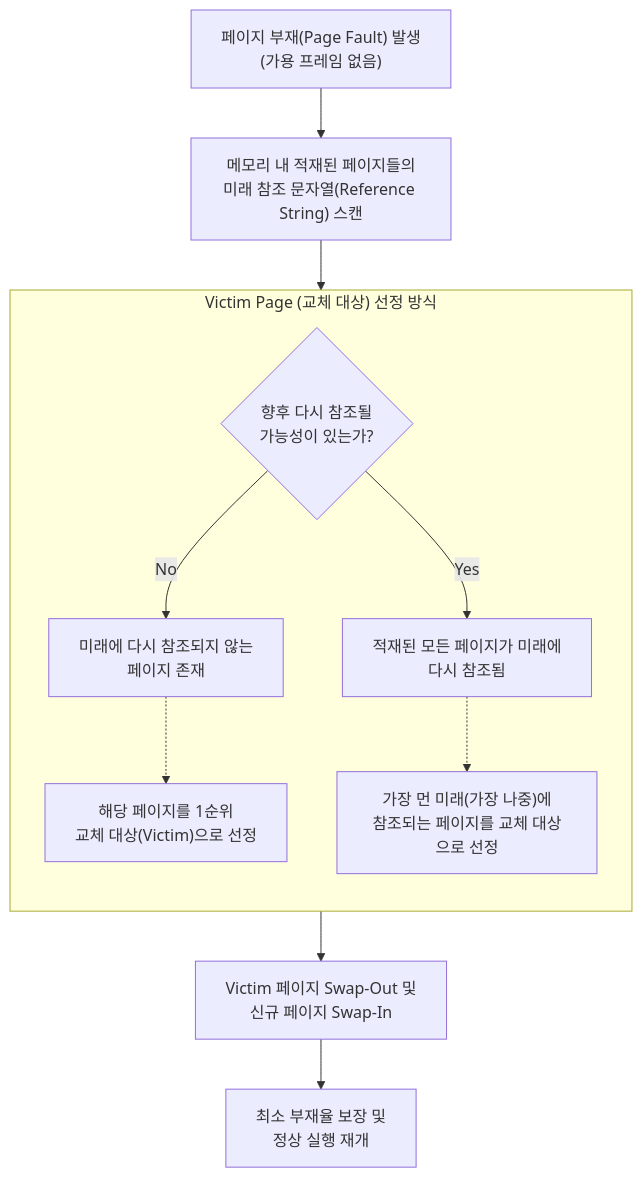
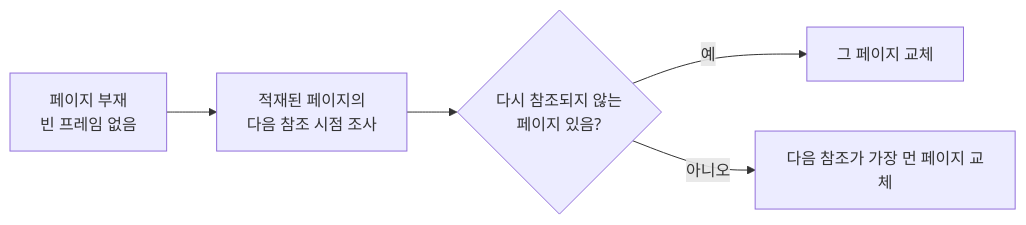
One commit to supremethumb/supremethumb.github.io changed the diagram in content/01_IT Tech/OPT.md. Above: the diagram before and after it, drawn with Mermaid. The commit also changed other lines of this file and 1087 other files, not shown here.

````diff
--- a/content/01_IT Tech/OPT.md
+++ b/content/01_IT Tech/OPT.md
@@ -30,25 +35,7 @@
 ```mermaid
-flowchart TD
-    Start["페이지 부재(Page Fault) 발생<br/>(가용 프레임 없음)"]
-    RefCheck["메모리 내 적재된 페이지들의<br/>미래 참조 문자열(Reference String) 스캔"]
-    
-    subgraph Victim_Selection ["Victim Page (교체 대상) 선정 방식"]
-        direction TB
-        Cond{"향후 다시 참조될<br/>가능성이 있는가?"}
-        
-        Case1["미래에 다시 참조되지 않는<br/>페이지 존재"]
-        Case2["적재된 모든 페이지가 미래에<br/>다시 참조됨"]
-        
-        Cond -- "No" --> Case1
-        Cond -- "Yes" --> Case2
-        
-        Case1 -.-> Action1["해당 페이지를 1순위<br/>교체 대상(Victim)으로 선정"]
-        Case2 -.-> Action2["가장 먼 미래(가장 나중)에<br/>참조되는 페이지를 교체 대상으로 선정"]
-    end
-    
-    Replace["Victim 페이지 Swap-Out 및<br/>신규 페이지 Swap-In"]
-    End["최소 부재율 보장 및<br/>정상 실행 재개"]
-    
-    Start --> RefCheck --> Victim_Selection --> Replace --> End
-
+flowchart LR
+    PF["페이지 부재<br/>빈 프레임 없음"] --> SCAN["적재된 페이지의<br/>다음 참조 시점 조사"]
+    SCAN --> Q{"다시 참조되지 않는<br/>페이지 있음?"}
+    Q -->|"예"| V1["그 페이지 교체"]
+    Q -->|"아니오"| V2["다음 참조가 가장 먼 페이지 교체"]
 ```
````
